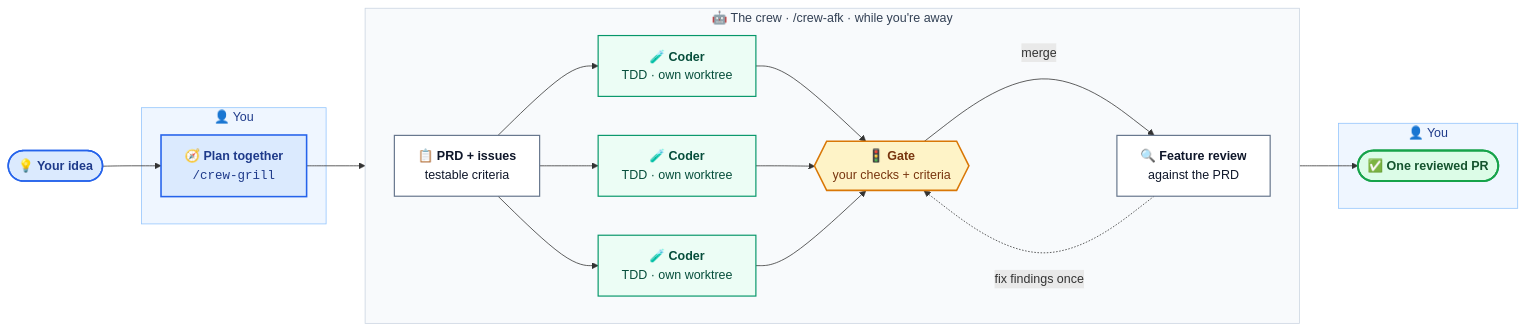
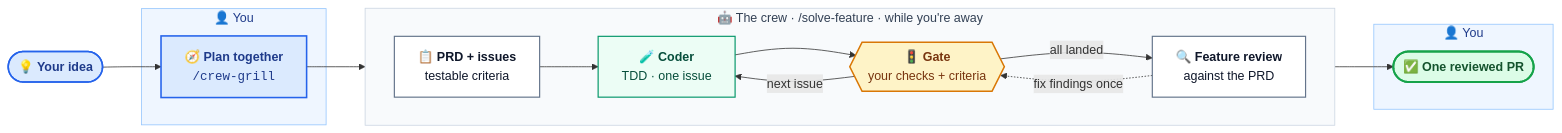
Before and after one commit to ypxing/coding-crew: the diagram in README.md, drawn with Mermaid. The commit also changed other lines of this file and 17 other files, not shown here.

Commit message:
[482][WIP] docs and skill prose drop crew-afk

````diff
--- a/README.md
+++ b/README.md
@@ -41,41 +41,40 @@
 ```mermaid
 flowchart LR
     idea(["💡 <b>Your idea</b>"]) --> plan
 
     subgraph you1 ["👤 You"]
         plan["🧭 <b>Plan together</b><br/><code>/crew-grill</code>"]
     end
 
     plan --> issues
 
-    subgraph crew ["🤖 The crew · /crew-afk · while you're away"]
+    subgraph crew ["🤖 The crew · /solve-feature · while you're away"]
         direction LR
         issues["📋 <b>PRD + issues</b><br/>testable criteria"]
-        issues --> c1["🧪 <b>Coder</b><br/>TDD · own worktree"]
-        issues --> c2["🧪 <b>Coder</b><br/>TDD · own worktree"]
-        issues --> c3["🧪 <b>Coder</b><br/>TDD · own worktree"]
-        c1 & c2 & c3 --> gate{{"🚦 <b>Gate</b><br/>your checks + criteria"}}
-        gate -- "merge" --> review["🔍 <b>Feature review</b><br/>against the PRD"]
+        issues --> c1["🧪 <b>Coder</b><br/>TDD · one issue"]
+        c1 --> gate{{"🚦 <b>Gate</b><br/>your checks + criteria"}}
+        gate -- "next issue" --> c1
+        gate -- "all landed" --> review["🔍 <b>Feature review</b><br/>against the PRD"]
         review -. "fix findings once" .-> gate
     end
 
     review --> pr
 
     subgraph you2 ["👤 You"]
         pr(["✅ <b>One reviewed PR</b>"])
     end
 
     classDef human fill:#dbeafe,stroke:#2563eb,stroke-width:2px,color:#1e3a8a
     classDef bot fill:#ffffff,stroke:#64748b,stroke-width:1.5px,color:#0f172a
     classDef code fill:#ecfdf5,stroke:#059669,stroke-width:1.5px,color:#064e3b
     classDef gate fill:#fef3c7,stroke:#d97706,stroke-width:2px,color:#78350f
     classDef done fill:#dcfce7,stroke:#16a34a,stroke-width:2.5px,color:#14532d
     class idea,plan human
     class issues,review bot
-    class c1,c2,c3 code
+    class c1 code
     class gate gate
     class pr done
     style you1 fill:#eff6ff,stroke:#93c5fd,color:#1e3a8a
     style you2 fill:#eff6ff,stroke:#93c5fd,color:#1e3a8a
     style crew fill:#f8fafc,stroke:#cbd5e1,color:#334155
 ```
````
